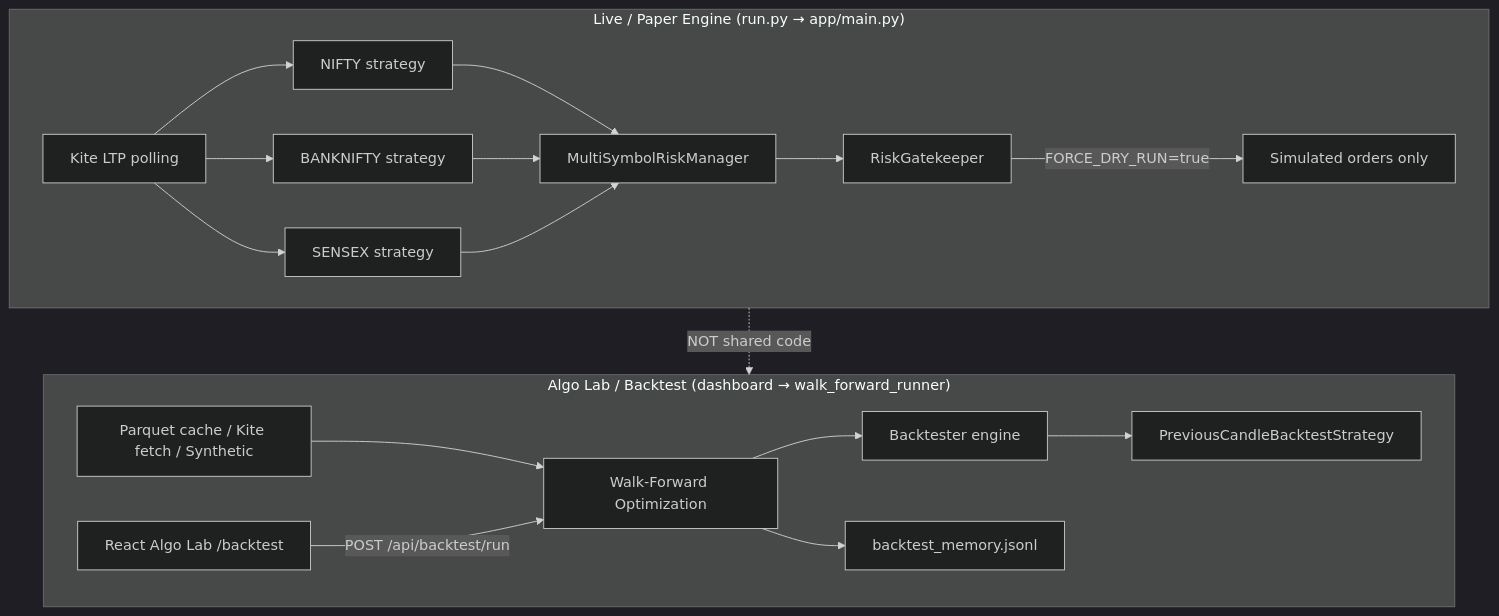
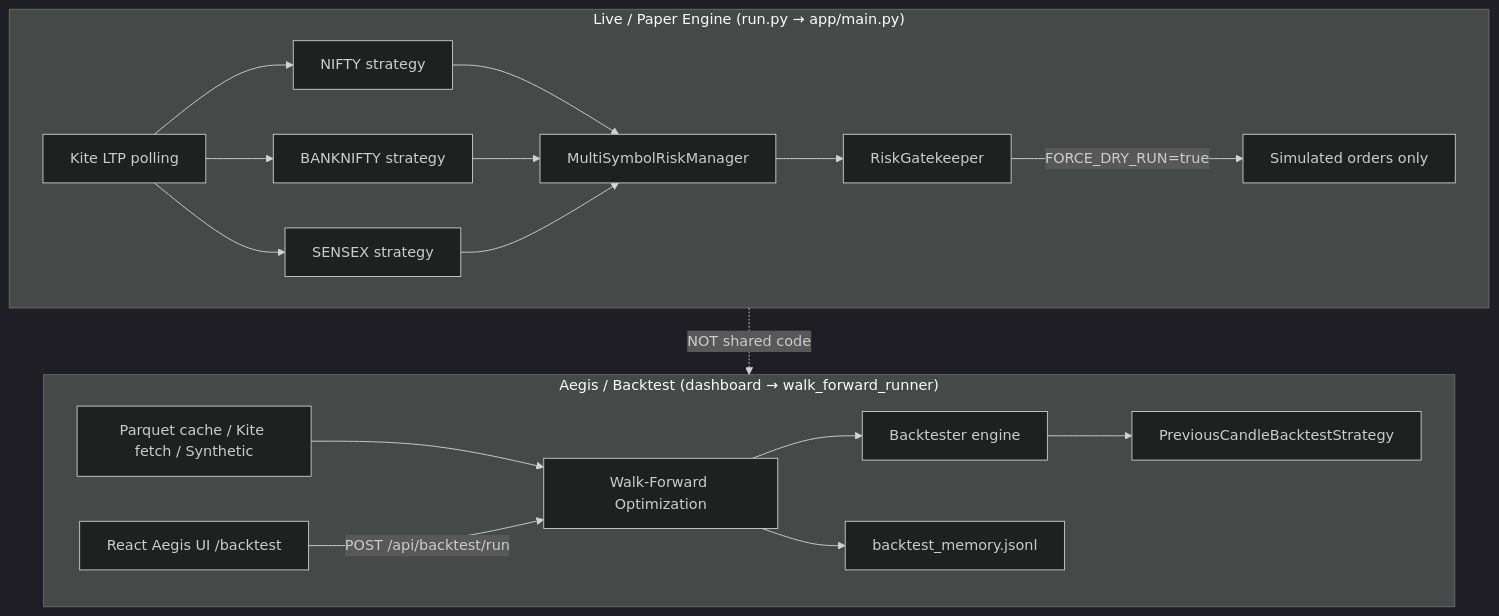
One commit to Sravansuhas/NiftyFuturesAlgo changed the diagram in docs/AUDIT_BACKTEST_AND_STRATEGY_2026-06-10.md. Above: the diagram before and after it, drawn with Mermaid (dark theme). The commit also changed other lines of this file and 154 other files, not shown here.

````diff
--- a/docs/AUDIT_BACKTEST_AND_STRATEGY_2026-06-10.md
+++ b/docs/AUDIT_BACKTEST_AND_STRATEGY_2026-06-10.md
@@ -23,28 +23,28 @@
 ```mermaid
 flowchart TB
     subgraph Live["Live / Paper Engine (run.py → app/main.py)"]
         Kite[Kite LTP polling]
         S1[NIFTY strategy]
         S2[BANKNIFTY strategy]
         S3[SENSEX strategy]
         MR[MultiSymbolRiskManager]
         RG[RiskGatekeeper]
         Kite --> S1 & S2 & S3
         S1 & S2 & S3 --> MR --> RG
         RG -->|FORCE_DRY_RUN=true| Paper[Simulated orders only]
     end
 
-    subgraph Research["Algo Lab / Backtest (dashboard → walk_forward_runner)"]
+    subgraph Research["Aegis / Backtest (dashboard → walk_forward_runner)"]
         Data[Parquet cache / Kite fetch / Synthetic]
         WFA[Walk-Forward Optimization]
         BT[Backtester engine]
         BStrat[PreviousCandleBacktestStrategy]
         Mem[backtest_memory.jsonl]
-        UI[React Algo Lab /backtest]
+        UI[React Aegis UI /backtest]
         Data --> WFA --> BT --> BStrat
         WFA --> Mem
         UI -->|POST /api/backtest/run| WFA
     end
 
     Live -.->|NOT shared code| Research
 ```
````
